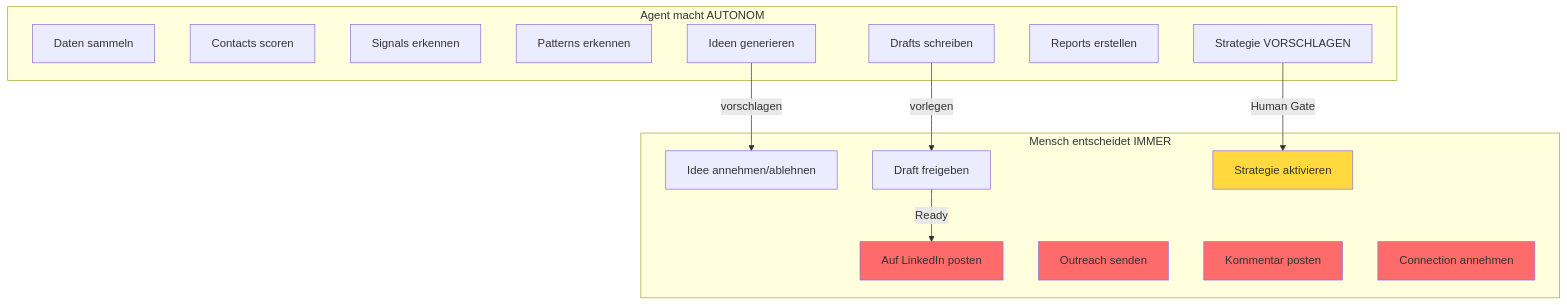
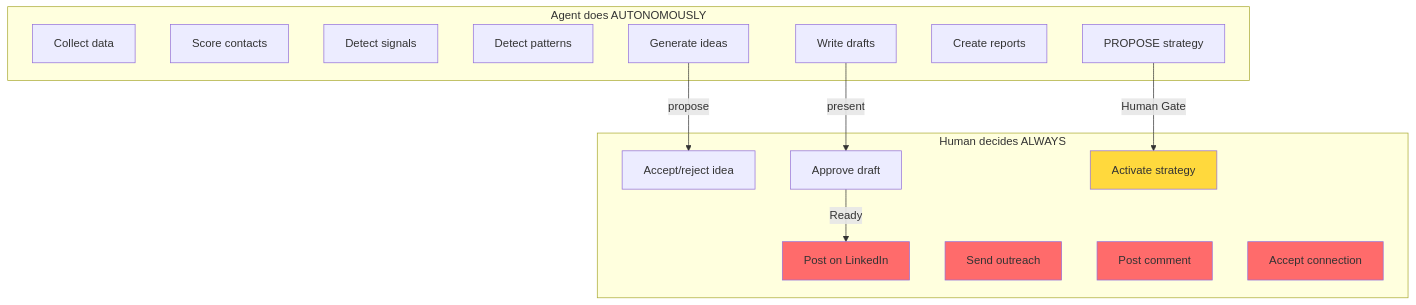
The fifth of 8 diagrams in plugin/README.md (sabania/linkedin-cli), drawn with Mermaid before and after one commit. The commit also changed other lines of this file and 35 other files, not shown here.

````diff
--- a/plugin/README.md
+++ b/plugin/README.md
@@ -134,34 +134,34 @@
 ```mermaid
 graph TD
-    subgraph "Agent macht AUTONOM"
-        D["Daten sammeln"]
-        SC["Contacts scoren"]
-        SI["Signals erkennen"]
-        P["Patterns erkennen"]
-        I["Ideen generieren"]
-        DR["Drafts schreiben"]
-        R["Reports erstellen"]
-        SV["Strategie VORSCHLAGEN"]
+    subgraph "Agent does AUTONOMOUSLY"
+        D["Collect data"]
+        SC["Score contacts"]
+        SI["Detect signals"]
+        P["Detect patterns"]
+        I["Generate ideas"]
+        DR["Write drafts"]
+        R["Create reports"]
+        SV["PROPOSE strategy"]
     end
 
-    subgraph "Mensch entscheidet IMMER"
-        IA["Idee annehmen/ablehnen"]
-        DA["Draft freigeben"]
-        PO["Auf LinkedIn posten"]
-        OU["Outreach senden"]
-        CO["Kommentar posten"]
-        SA["Strategie aktivieren"]
-        CN["Connection annehmen"]
+    subgraph "Human decides ALWAYS"
+        IA["Accept/reject idea"]
+        DA["Approve draft"]
+        PO["Post on LinkedIn"]
+        OU["Send outreach"]
+        CO["Post comment"]
+        SA["Activate strategy"]
+        CN["Accept connection"]
     end
 
-    I -->|"vorschlagen"| IA
-    DR -->|"vorlegen"| DA
+    I -->|"propose"| IA
+    DR -->|"present"| DA
     DA -->|"Ready"| PO
     SV -->|"Human Gate"| SA
 
     style PO fill:#ff6b6b
     style OU fill:#ff6b6b
     style CO fill:#ff6b6b
     style CN fill:#ff6b6b
     style SA fill:#ffd93d
 ```
````
